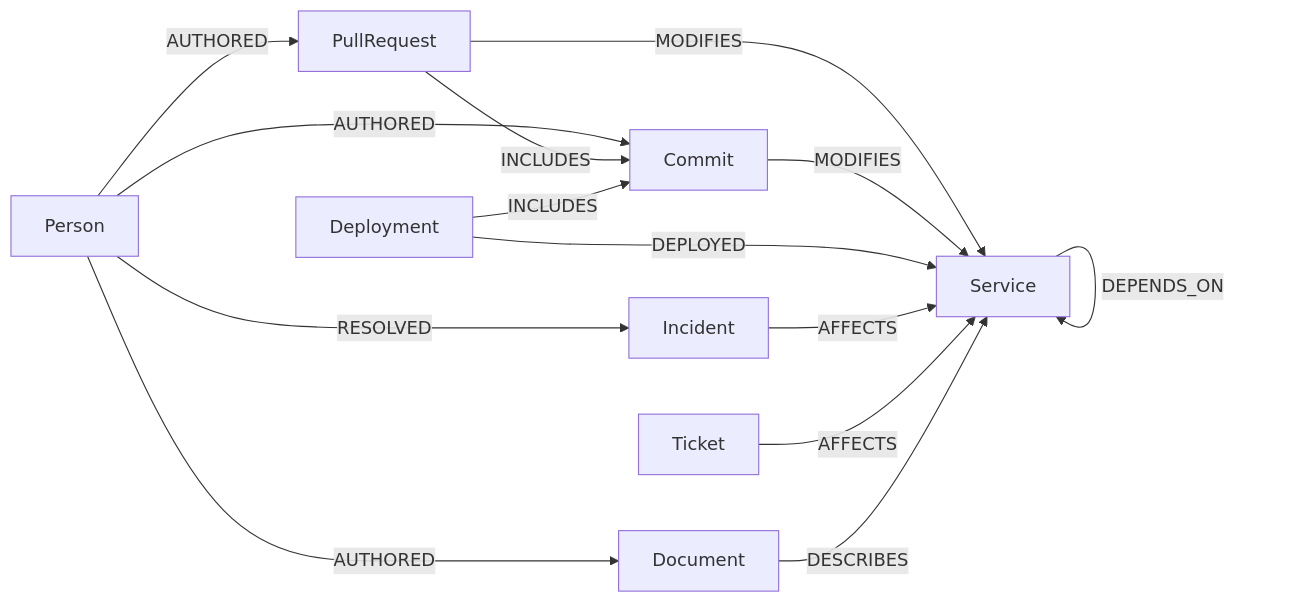
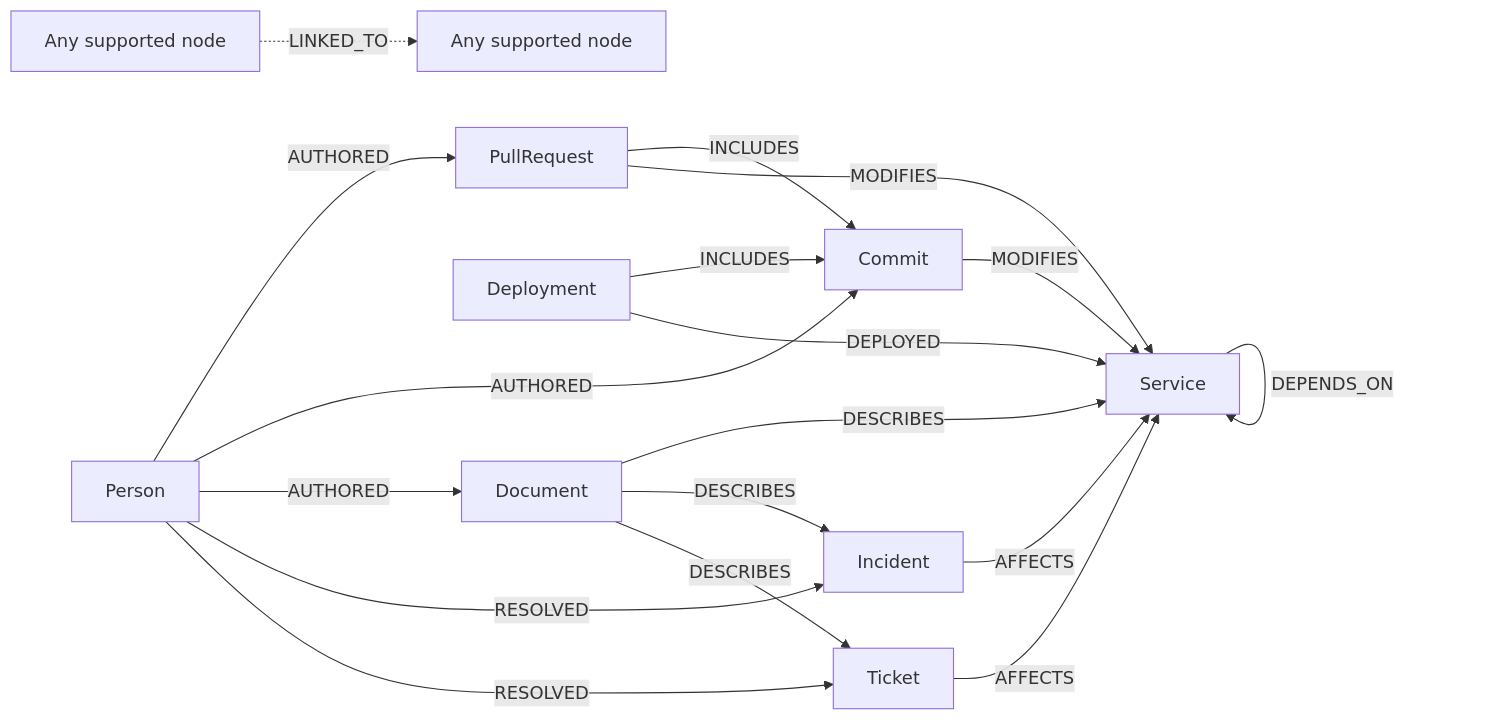
One commit to krshn0x/KnowGraph-AI-Standalone changed the second of 4 diagrams in README.md. Above: the diagram before and after it, drawn with Mermaid. The commit also changed other lines of this file and 1 other file, not shown here.

Commit message:
Document graph-backed agent decisions

````diff
--- a/README.md
+++ b/README.md
@@ -190,16 +190,20 @@
 ```mermaid
 flowchart LR
     Person -->|AUTHORED| PullRequest
     Person -->|AUTHORED| Commit
     Person -->|AUTHORED| Document
     Person -->|RESOLVED| Incident
+    Person -->|RESOLVED| Ticket
     PullRequest -->|INCLUDES| Commit
     PullRequest -->|MODIFIES| Service
     Commit -->|MODIFIES| Service
     Deployment -->|INCLUDES| Commit
     Deployment -->|DEPLOYED| Service
     Incident -->|AFFECTS| Service
     Ticket -->|AFFECTS| Service
     Document -->|DESCRIBES| Service
+    Document -->|DESCRIBES| Incident
+    Document -->|DESCRIBES| Ticket
     Service -->|DEPENDS_ON| Service
+    EntityA[Any supported node] -.->|LINKED_TO| EntityB[Any supported node]
 ```
````
